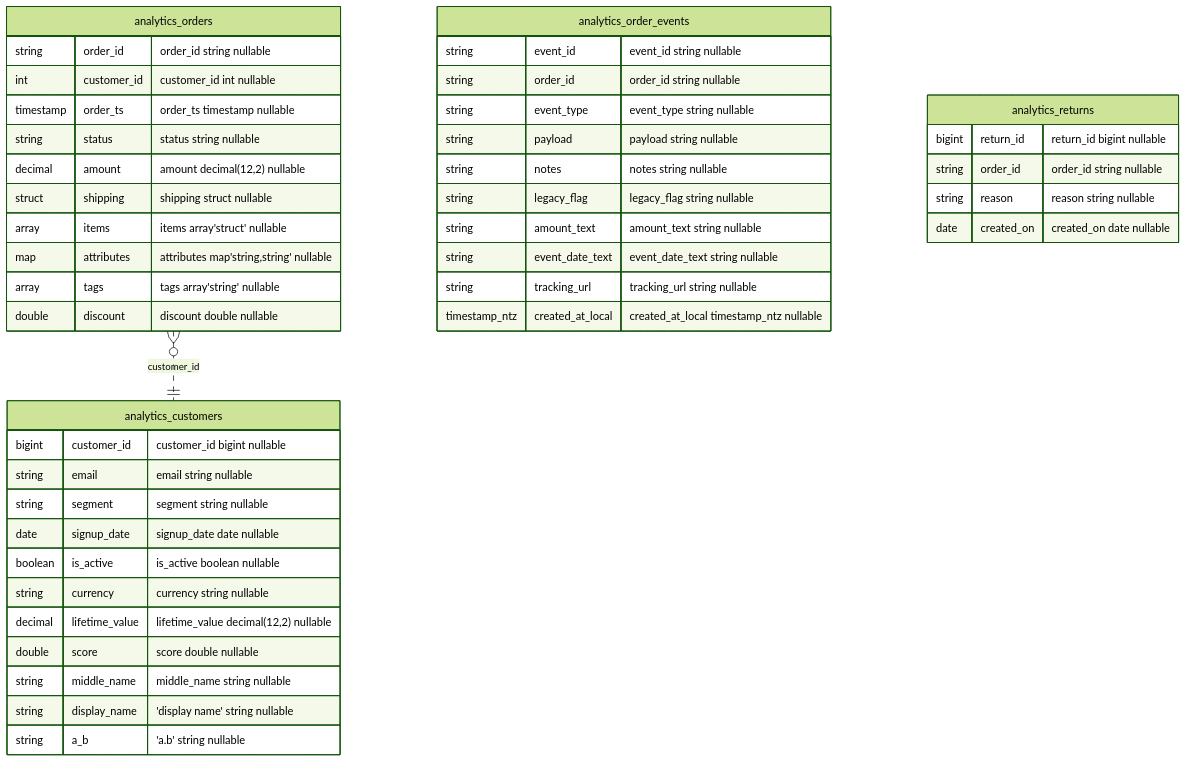
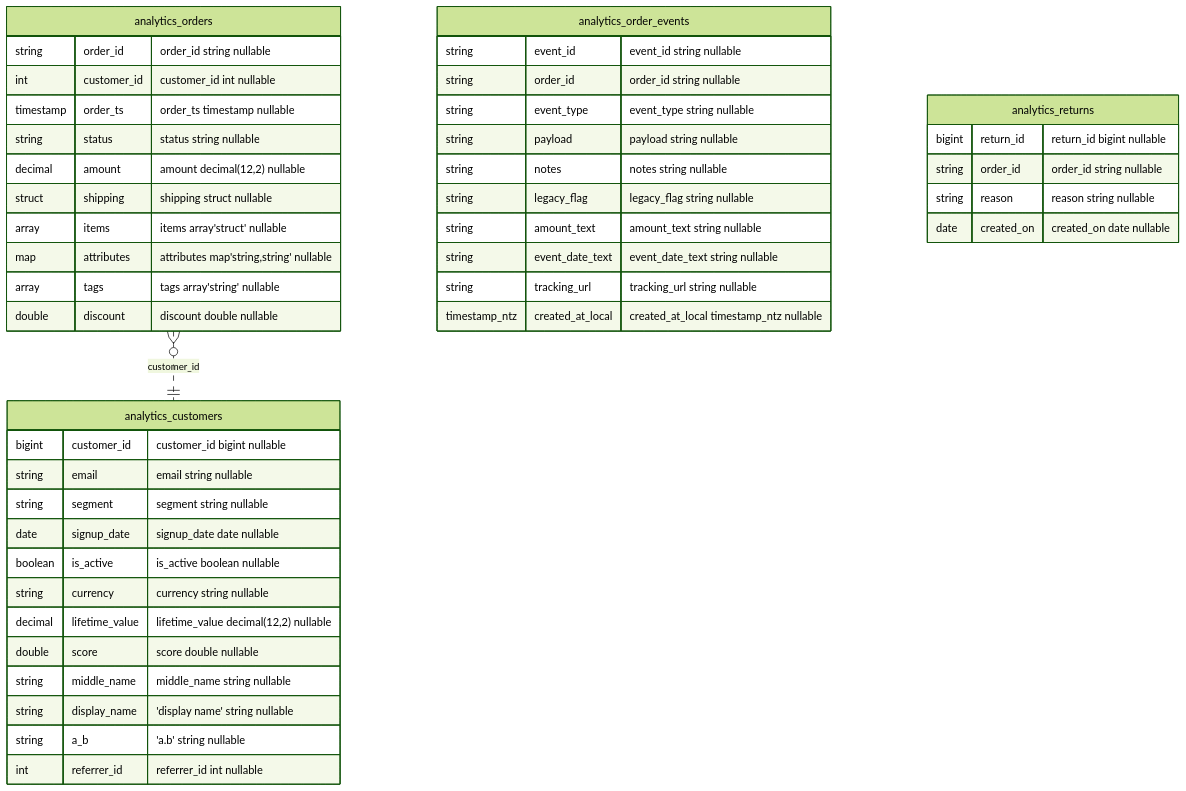
Before and after one commit to ruanpato/tabledossier: the diagram in examples/demo/output/deep/erd.mmd, drawn with Mermaid (forest theme). The commit also changed 28 other files, not shown here.

```diff
--- a/examples/demo/output/deep/erd.mmd
+++ b/examples/demo/output/deep/erd.mmd
@@ -1,54 +1,55 @@
-%% Generated by TableDossier 0.2.0 from profile run 20260922T054306Z-f8832eea, measured at 2026-09-22T05:43:06.899Z UTC.
+%% Generated by TableDossier 0.2.0 from profile run 20260922T055423Z-1122ba0c, measured at 2026-09-22T05:54:23.930Z UTC.
 %% Edges appear only for relationships whose cardinality was provided by a person.
 %% Line style is dashed (non-identifying); TableDossier does not assert identifying relationships.
 %% Entity names are sanitized; the original table names are:
 %%   analytics_customers = analytics.customers
 %%   analytics_orders = analytics.orders
 %%   analytics_order_events = analytics.order_events
 %%   analytics_returns = analytics.returns
 erDiagram
     analytics_customers {
         bigint customer_id "customer_id bigint nullable"
         string email "email string nullable"
         string segment "segment string nullable"
         date signup_date "signup_date date nullable"
         boolean is_active "is_active boolean nullable"
         string currency "currency string nullable"
         decimal lifetime_value "lifetime_value decimal(12,2) nullable"
         double score "score double nullable"
         string middle_name "middle_name string nullable"
         string display_name "'display name' string nullable"
         string a_b "'a.b' string nullable"
+        int referrer_id "referrer_id int nullable"
     }
     analytics_orders {
         string order_id "order_id string nullable"
         int customer_id "customer_id int nullable"
         timestamp order_ts "order_ts timestamp nullable"
         string status "status string nullable"
         decimal amount "amount decimal(12,2) nullable"
         struct shipping "shipping struct nullable"
         array items "items array'struct' nullable"
         map attributes "attributes map'string,string' nullable"
         array tags "tags array'string' nullable"
         double discount "discount double nullable"
     }
     analytics_order_events {
         string event_id "event_id string nullable"
         string order_id "order_id string nullable"
         string event_type "event_type string nullable"
         string payload "payload string nullable"
         string notes "notes string nullable"
         string legacy_flag "legacy_flag string nullable"
         string amount_text "amount_text string nullable"
         string event_date_text "event_date_text string nullable"
         string tracking_url "tracking_url string nullable"
         timestamp_ntz created_at_local "created_at_local timestamp_ntz nullable"
     }
     analytics_returns {
         bigint return_id "return_id bigint nullable"
         string order_id "order_id string nullable"
         string reason "reason string nullable"
         date created_on "created_on date nullable"
     }
     analytics_orders }o..|| analytics_customers : "customer_id"
     %% not drawn (configuration, cardinality not asserted): analytics_order_events (order_id) references analytics_orders
```
